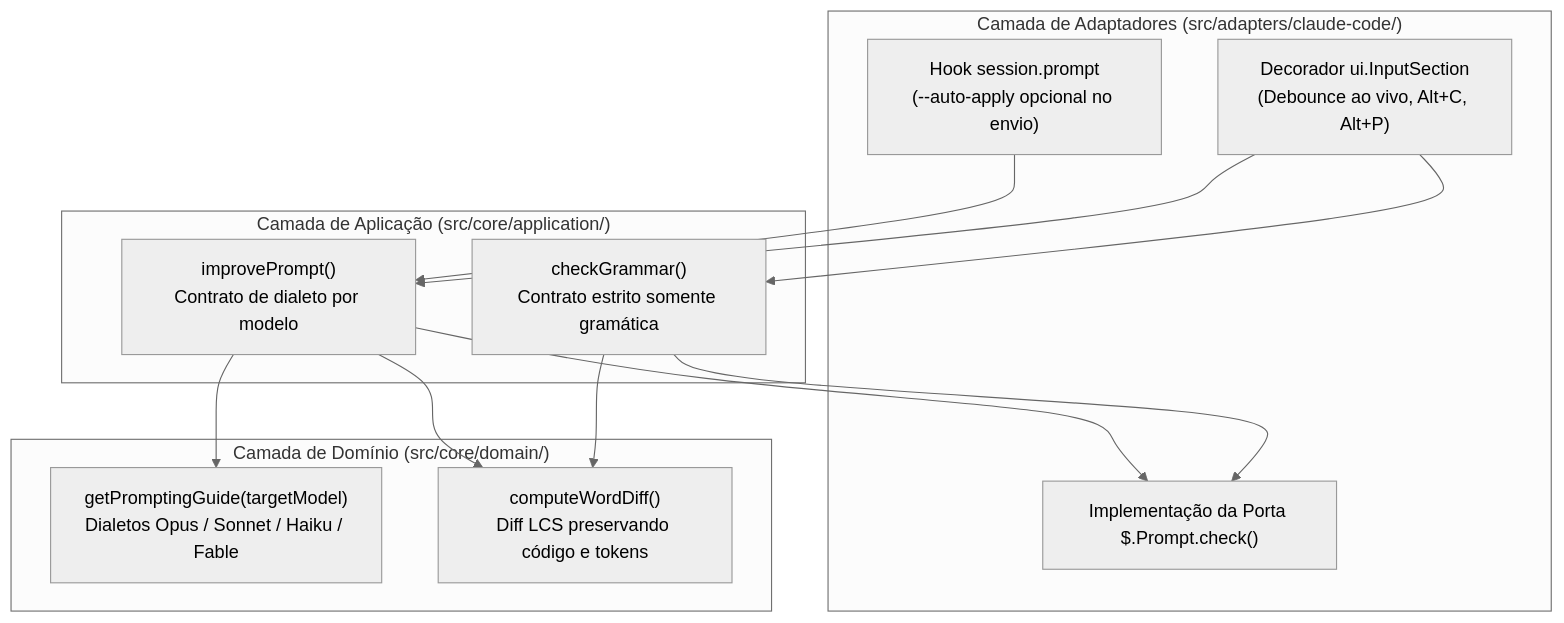
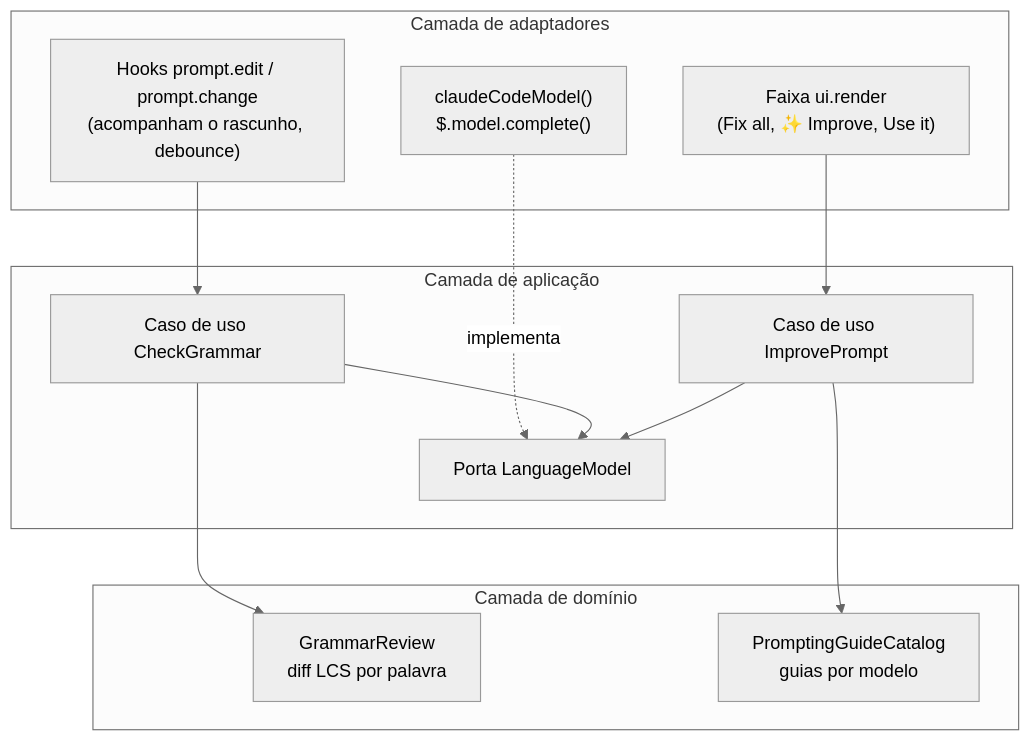
The second of 2 diagrams in _posts/2026-10-18-harness-engineering-in-practice-pt-br.markdown (marcelomiyake/marcelomiyake.github.io), drawn with Mermaid (neutral theme) before and after one commit. The commit also changed other lines of this file and 1 other file, not shown here.

````diff
--- a/_posts/2026-10-18-harness-engineering-in-practice-pt-br.markdown
+++ b/_posts/2026-10-18-harness-engineering-in-practice-pt-br.markdown
@@ -223,29 +236,31 @@
 ```mermaid
 flowchart TD
     accTitle: Estrutura em Clean Architecture do Mod prompt-dialect para Claude Code
-    accDescr: O adaptador do Claude Code intercepta a entrada do compositor e eventos de envio de prompt, delega para casos de uso da camada de aplicação para correção gramatical e melhoria de prompt sensível ao modelo, e utiliza módulos puros de domínio para os guias de dialeto e cálculo de diff LCS por palavra.
-    subgraph Adapter ["Camada de Adaptadores (src/adapters/claude-code/)"]
-        UI["Decorador ui.InputSection\n(Debounce ao vivo, Alt+C, Alt+P)"]
-        Hook["Hook session.prompt\n(--auto-apply opcional no envio)"]
-        Checker["Implementação da Porta $.Prompt.check()"]
+    accDescr: O adaptador do Claude Code acompanha as edições da caixa de prompt e renderiza a faixa de sugestões, delega para os casos de uso CheckGrammar e ImprovePrompt e implementa a porta LanguageModel deles com o próprio cliente de API do Claude Code. Os casos de uso dependem de módulos puros de domínio para o diff por palavra e o catálogo de guias de prompting.
+    subgraph Adapter ["Camada de adaptadores"]
+        Hooks["Hooks prompt.edit / prompt.change<br/>(acompanham o rascunho, debounce)"]
+        Band["Faixa ui.render<br/>(Fix all, ✨ Improve, Use it)"]
+        Model["claudeCodeModel()<br/>$.model.complete()"]
     end
 
-    subgraph App ["Camada de Aplicação (src/core/application/)"]
-        Grammar["checkGrammar()\nContrato estrito somente gramática"]
-        Improve["improvePrompt()\nContrato de dialeto por modelo"]
+    subgraph App ["Camada de aplicação"]
+        Check["Caso de uso CheckGrammar"]
+        Improve["Caso de uso ImprovePrompt"]
+        Port["Porta LanguageModel"]
     end
 
-    subgraph Domain ["Camada de Domínio (src/core/domain/)"]
-        Guides["getPromptingGuide(targetModel)\nDialetos Opus / Sonnet / Haiku / Fable"]
-        Diff["computeWordDiff()\nDiff LCS preservando código e tokens"]
+    subgraph Domain ["Camada de domínio"]
+        Review["GrammarReview<br/>diff LCS por palavra"]
+        Guides["PromptingGuideCatalog<br/>guias por modelo"]
     end
 
-    UI --> Grammar
-    UI --> Improve
-    Hook --> Improve
-    Grammar --> Checker
-    Improve --> Checker
-    Grammar --> Diff
+    Hooks --> Check
+    Band --> Improve
+    Model -. implementa .-> Port
+    Check --> Port
+    Improve --> Port
+    Check --> Review
     Improve --> Guides
-    Improve --> Diff
+    Port ~~~ Review
+    Port ~~~ Guides
 ```
````
